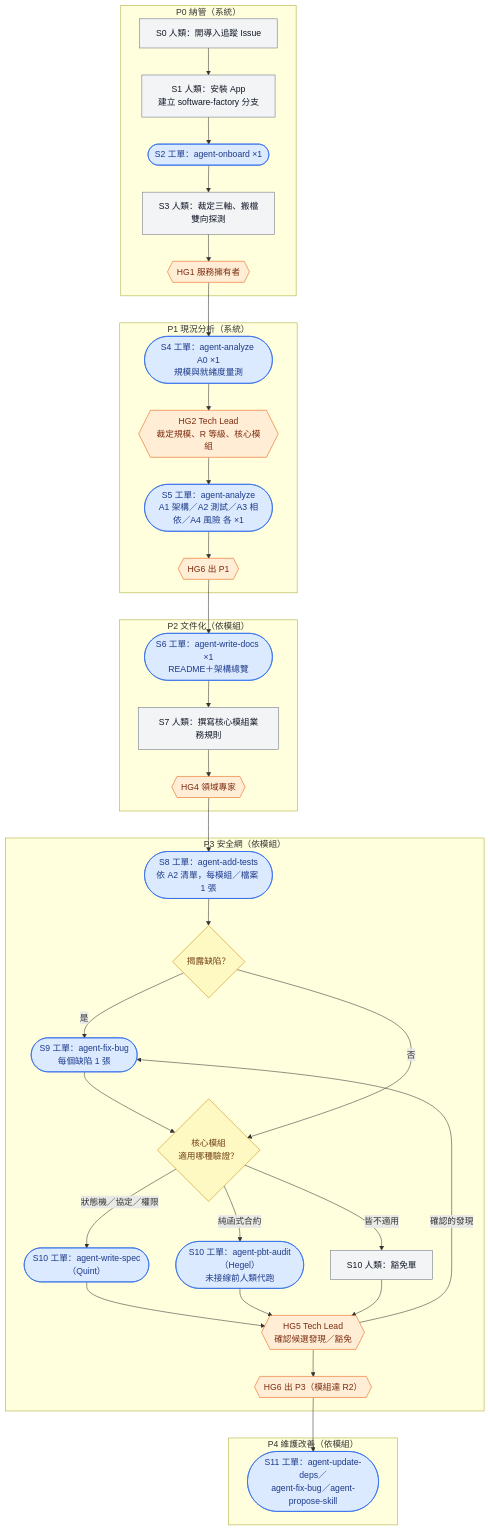
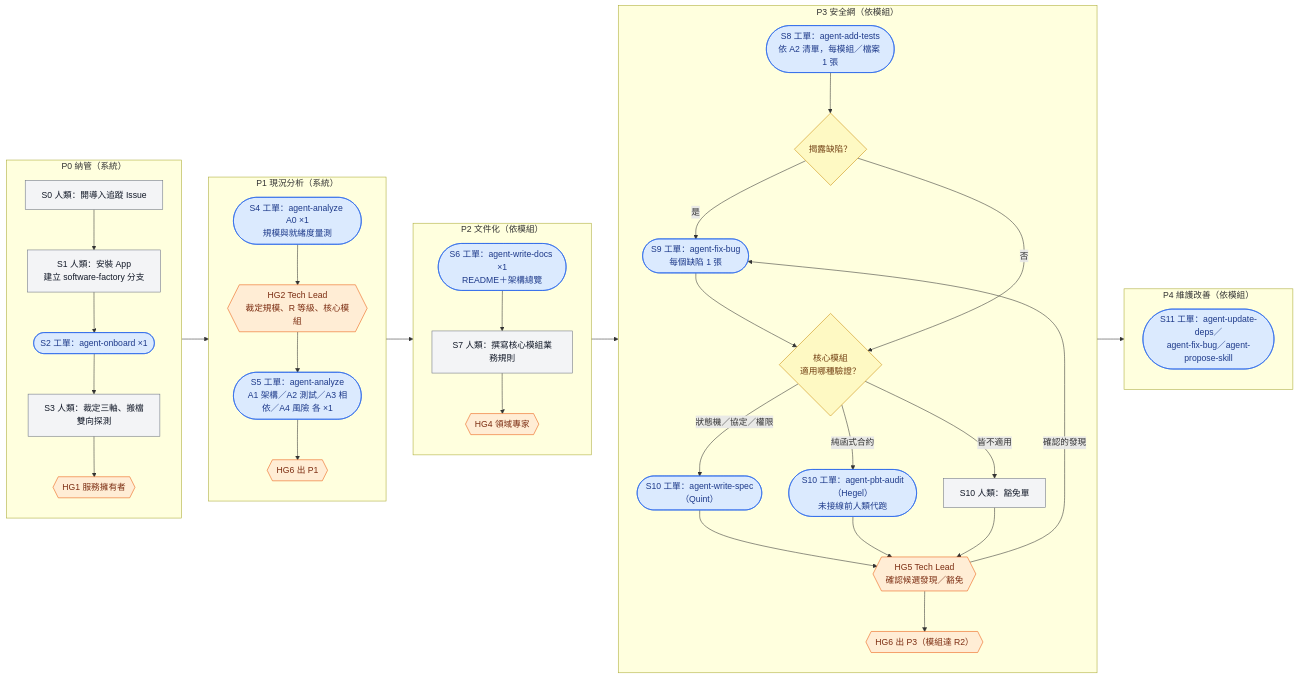
One commit to aswf-dev/software_factory changed the first of 3 diagrams in docs/29-brownfield-adoption-playbook.md. Above: the diagram before and after it, drawn with Mermaid. The commit also changed other lines of this file, not shown here.

First line of the commit message:
docs(29): switch adoption flowcharts to horizontal layout

````diff
--- a/docs/29-brownfield-adoption-playbook.md
+++ b/docs/29-brownfield-adoption-playbook.md
@@ -323,60 +323,65 @@
 ```mermaid
-flowchart TD
+flowchart LR
     classDef wi fill:#dbeafe,stroke:#2563eb,color:#1e3a8a
     classDef human fill:#f3f4f6,stroke:#6b7280,color:#111827
     classDef hg fill:#ffedd5,stroke:#ea580c,color:#7c2d12
     classDef dec fill:#fef9c3,stroke:#ca8a04,color:#713f12
 
     subgraph P0["P0 納管（系統）"]
+        direction TB
         S0["S0 人類：開導入追蹤 Issue"]:::human
         S1["S1 人類：安裝 App<br/>建立 software-factory 分支"]:::human
         S2(["S2 工單：agent-onboard ×1"]):::wi
         S3["S3 人類：裁定三軸、搬檔<br/>雙向探測"]:::human
         HG1{{"HG1 服務擁有者"}}:::hg
         S0 --> S1 --> S2 --> S3 --> HG1
     end
 
     subgraph P1["P1 現況分析（系統）"]
+        direction TB
         S4(["S4 工單：agent-analyze A0 ×1<br/>規模與就緒度量測"]):::wi
         HG2{{"HG2 Tech Lead<br/>裁定規模、R 等級、核心模組"}}:::hg
         S5(["S5 工單：agent-analyze<br/>A1 架構／A2 測試／A3 相依／A4 風險 各 ×1"]):::wi
         HG6a{{"HG6 出 P1"}}:::hg
         S4 --> HG2 --> S5 --> HG6a
     end
 
     subgraph P2["P2 文件化（依模組）"]
+        direction TB
         S6(["S6 工單：agent-write-docs ×1<br/>README＋架構總覽"]):::wi
         S7["S7 人類：撰寫核心模組業務規則"]:::human
         HG4{{"HG4 領域專家"}}:::hg
         S6 --> S7 --> HG4
     end
 
     subgraph P3["P3 安全網（依模組）"]
+        direction TB
         S8(["S8 工單：agent-add-tests<br/>依 A2 清單，每模組／檔案 1 張"]):::wi
         D1{"揭露缺陷？"}:::dec
         S9(["S9 工單：agent-fix-bug<br/>每個缺陷 1 張"]):::wi
         D2{"核心模組<br/>適用哪種驗證？"}:::dec
         S10Q(["S10 工單：agent-write-spec（Quint）"]):::wi
         S10H(["S10 工單：agent-pbt-audit（Hegel）<br/>未接線前人類代跑"]):::wi
         S10W["S10 人類：豁免單"]:::human
         HG5{{"HG5 Tech Lead<br/>確認候選發現／豁免"}}:::hg
         HG6c{{"HG6 出 P3（模組達 R2）"}}:::hg
         S8 --> D1
         D1 -- 是 --> S9 --> D2
         D1 -- 否 --> D2
         D2 -- 狀態機／協定／權限 --> S10Q --> HG5
         D2 -- 純函式合約 --> S10H --> HG5
         D2 -- 皆不適用 --> S10W --> HG5
         HG5 -- 確認的發現 --> S9
         HG5 --> HG6c
     end
 
     subgraph P4["P4 維護改善（依模組）"]
+        direction TB
         S11(["S11 工單：agent-update-deps／<br/>agent-fix-bug／agent-propose-skill"]):::wi
     end
 
-    HG1 --> S4
-    HG6a --> S6
-    HG4 --> S8
-    HG6c --> S11
+    P0 --> P1
+    P1 --> P2
+    P2 --> P3
+    P3 --> P4
 ```
````
